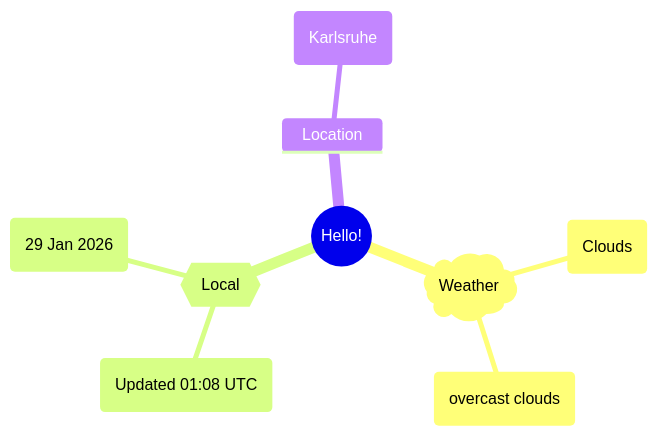
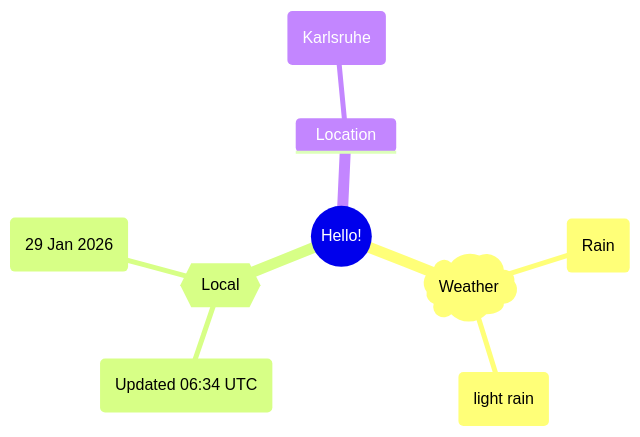
Before and after one commit to Xosrov/Xosrov: the first of 2 diagrams in README.md, drawn with Mermaid.

Commit message:
[bot] updated images

````diff
--- a/README.md
+++ b/README.md
@@ -3,12 +3,12 @@
 ```mermaid
 mindmap
   root((Hello!))
     )Weather(
-        (Clouds)
-        (overcast clouds)
+        (Rain)
+        (light rain)
     {{Local}}
-        (Updated 01:08 UTC)
+        (Updated 06:34 UTC)
         (29 Jan 2026)
     Location
         (Karlsruhe)
 ```
````
